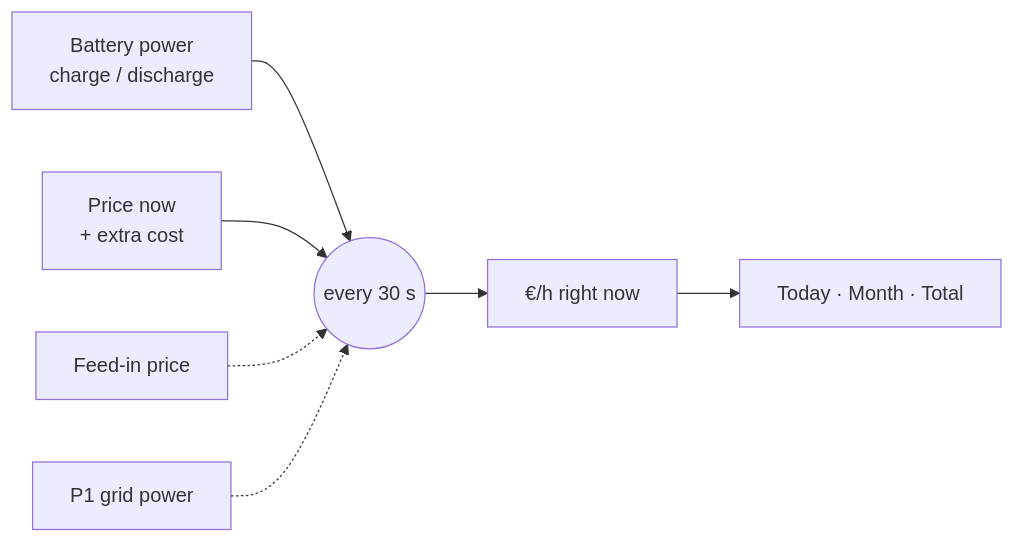
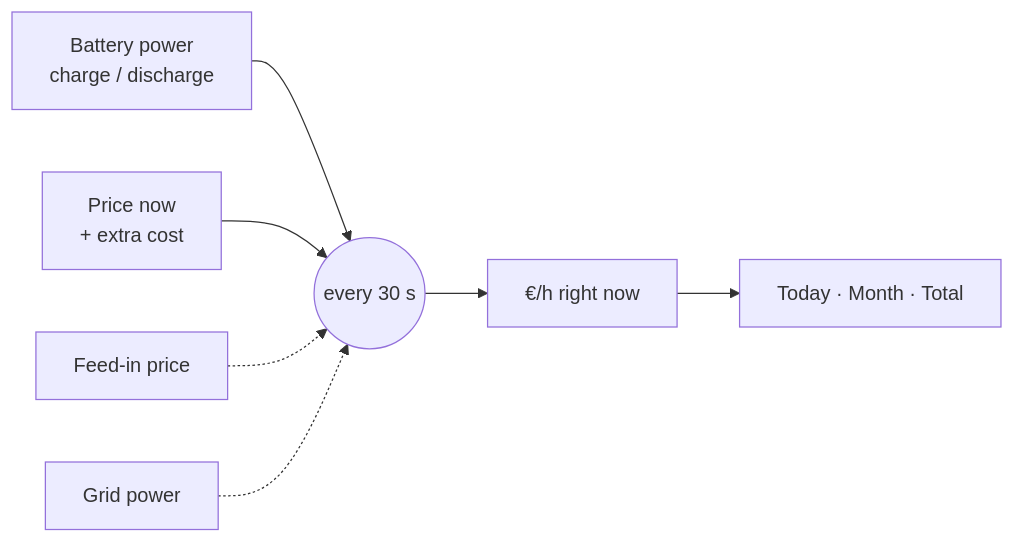
One commit to PeterSlijkhuis/Battery-ROI changed the diagram in README.md. Above: the diagram before and after it, drawn with Mermaid. The commit also changed other lines of this file and 5 other files, not shown here.

````diff
--- a/README.md
+++ b/README.md
@@ -219,9 +231,9 @@
 ```mermaid
 flowchart LR
     B[Battery power<br/>charge / discharge] --> S((every 30 s))
     P[Price now<br/>+ extra cost] --> S
     F[Feed-in price] -.-> S
-    G[P1 grid power] -.-> S
+    G[Grid power] -.-> S
     S --> R[€/h right now]
     R --> T[Today · Month · Total]
 ```
````
